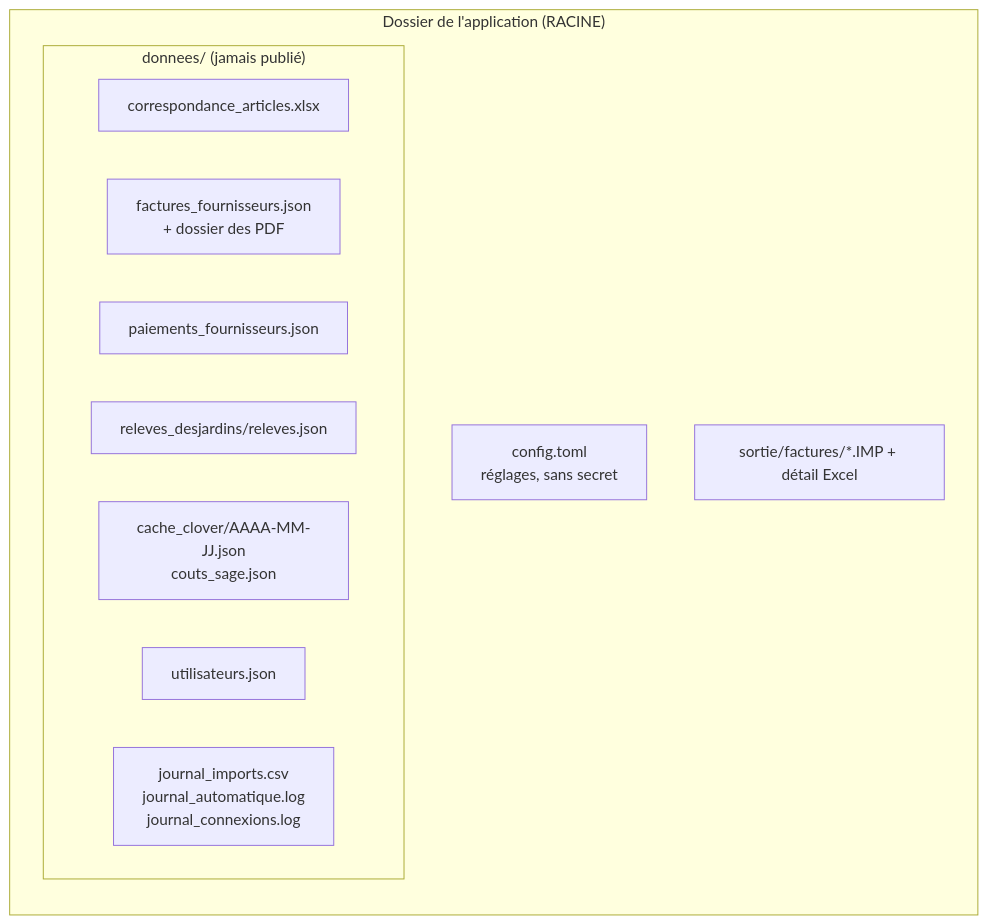
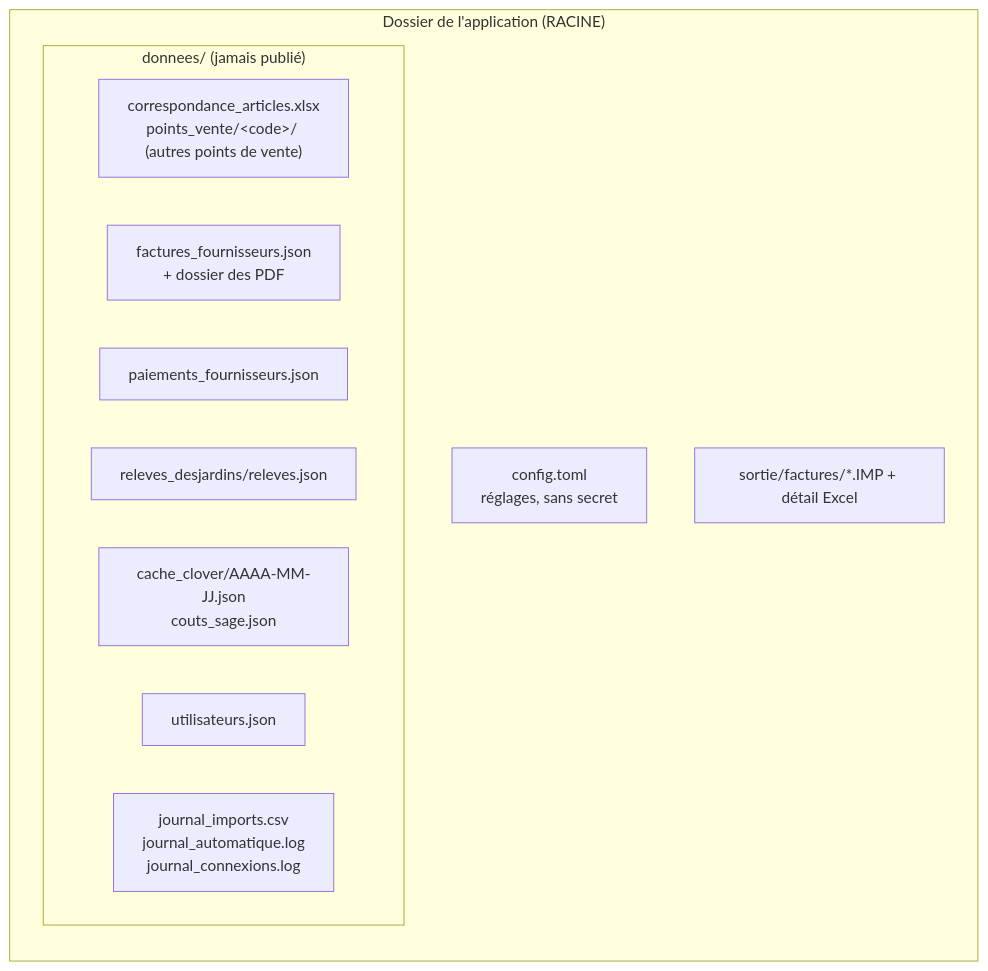
Before and after one commit to mteingueng-dot/MVOGMBI_Sync_2026.1: the third of 13 diagrams in ARCHITECTURE.md, drawn with Mermaid. The commit also changed other lines of this file and 32 other files, not shown here.

First line of the commit message:
Points de vente multiples, factures fournisseurs par courriel, archivage des factures déjà dans Sage, filtre de dates page 9 et enregistrement automatique page 8 (versions 1.9.30 à 1.12.2)

````diff
--- a/ARCHITECTURE.md
+++ b/ARCHITECTURE.md
@@ -148,16 +148,16 @@
 ```mermaid
 flowchart LR
     subgraph Racine["Dossier de l'application (RACINE)"]
         CFG["config.toml<br/>réglages, sans secret"]
         subgraph donnees["donnees/ (jamais publié)"]
-            CORR["correspondance_articles.xlsx"]
+            CORR["correspondance_articles.xlsx<br/>points_vente/&lt;code&gt;/ (autres points de vente)"]
             REGF["factures_fournisseurs.json<br/>+ dossier des PDF"]
             REGP["paiements_fournisseurs.json"]
             REL["releves_desjardins/releves.json"]
             CACHE["cache_clover/AAAA-MM-JJ.json<br/>couts_sage.json"]
             USR["utilisateurs.json"]
             JRN["journal_imports.csv<br/>journal_automatique.log<br/>journal_connexions.log"]
         end
         SORT["sortie/factures/*.IMP + détail Excel"]
     end
 ```
````
